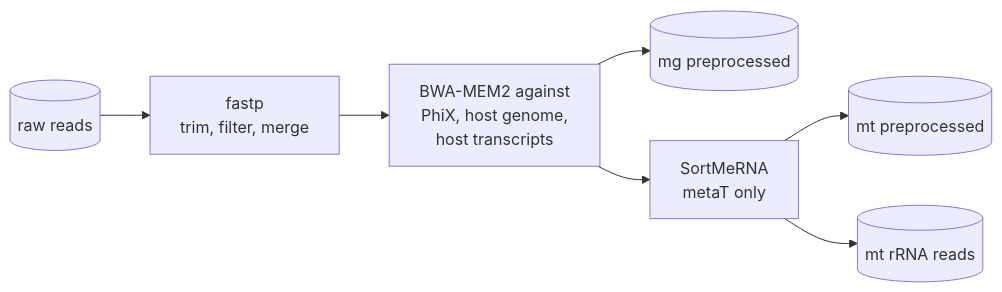
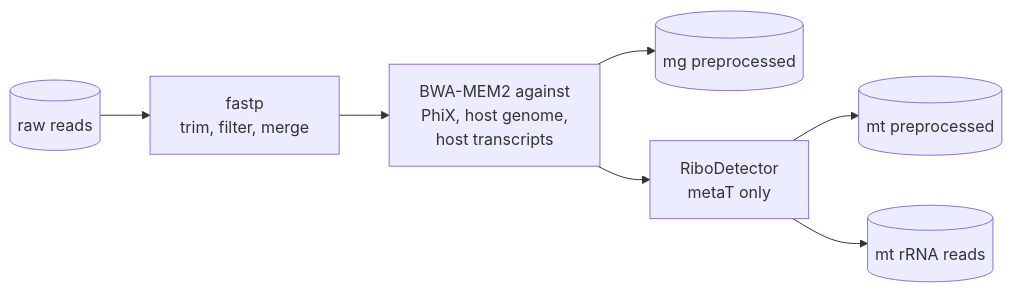
The diagram in docs/steps/preprocessing.md (genomeanalysislcsb/IMP3), drawn with Mermaid before and after one commit. The commit also changed other lines of this file and 5 other files, not shown here.

First line of the commit message:
docs: references for every tool of the workflow (Citing the tools); RiboDetector instead of SortMeRNA

````diff
--- a/docs/steps/preprocessing.md
+++ b/docs/steps/preprocessing.md
@@ -6,7 +6,7 @@
 ```mermaid
 flowchart LR
   raw[(raw reads)] --> fp[fastp<br/>trim, filter, merge] --> flt[BWA-MEM2 against<br/>PhiX, host genome,<br/>host transcripts]
   flt --> mg[(mg preprocessed)]
-  flt --> sm[SortMeRNA<br/>metaT only] --> mt[(mt preprocessed)]
+  flt --> sm[RiboDetector<br/>metaT only] --> mt[(mt preprocessed)]
   sm --> rr[(mt rRNA reads)]
 ```
````
